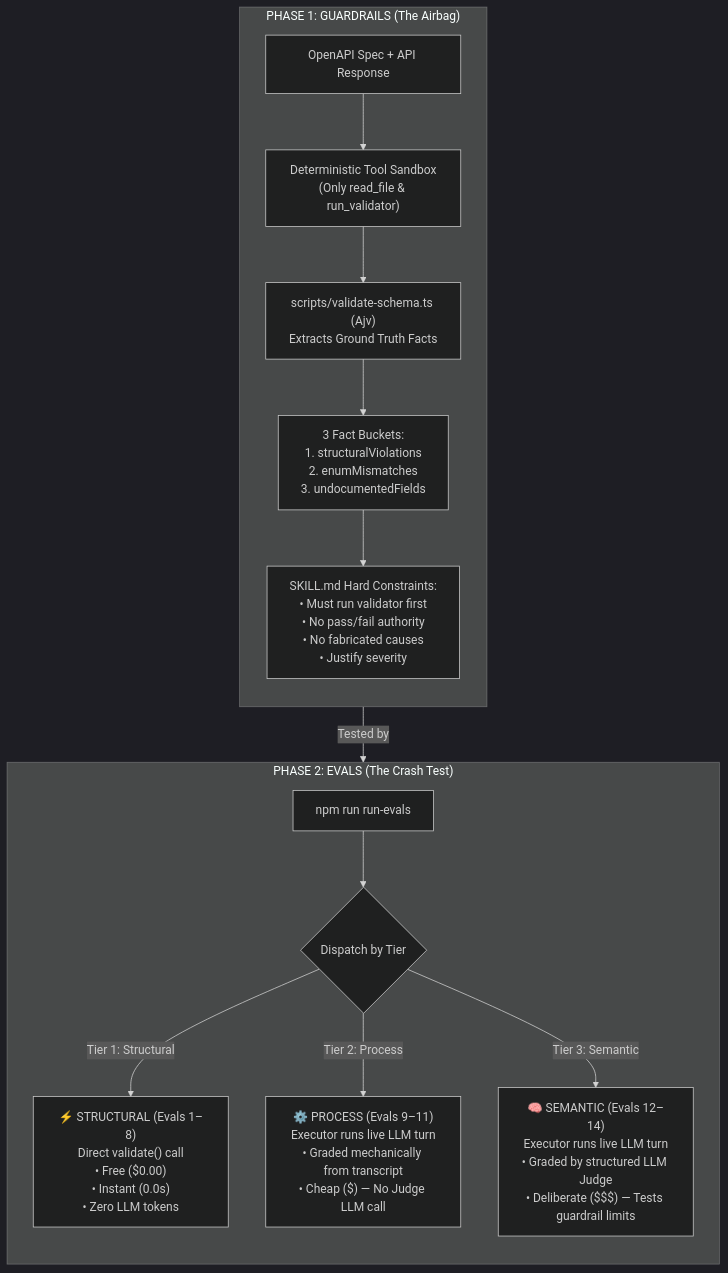
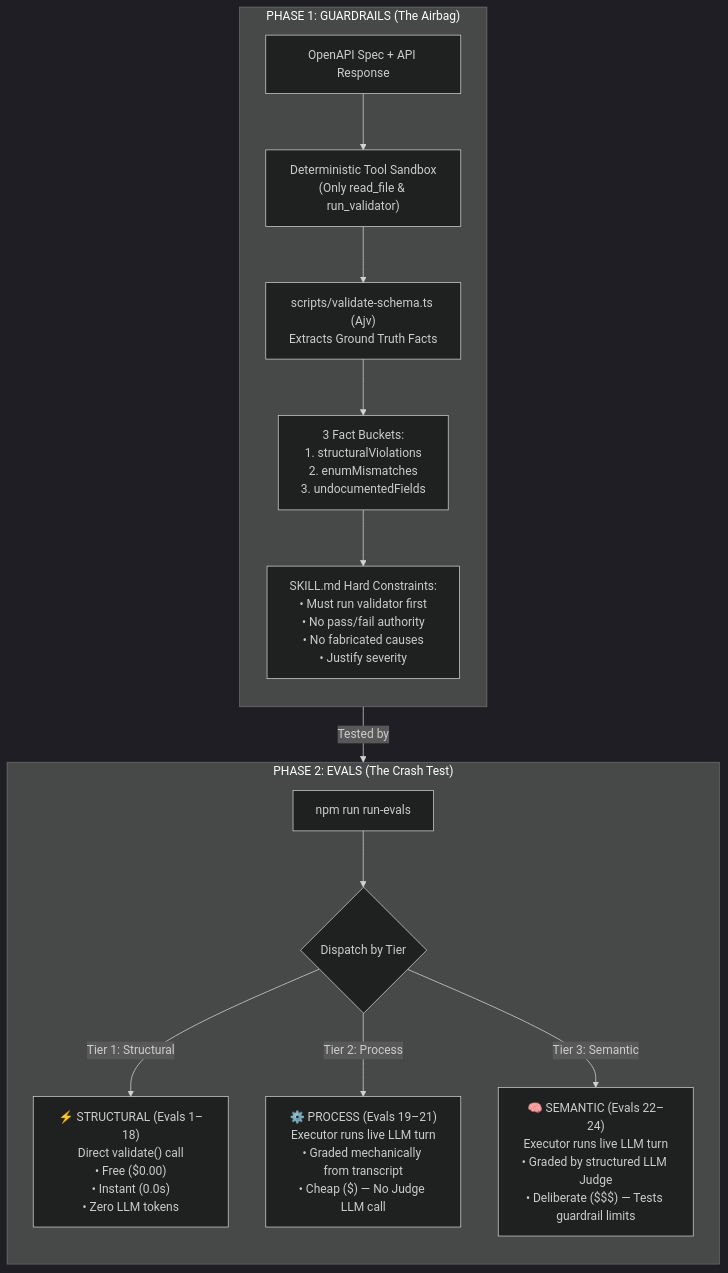
The first of 2 diagrams in README.md (mmaneesh/Guardrails_And_Evals), drawn with Mermaid (dark theme) before and after one commit. The commit also changed other lines of this file and 6 other files, not shown here.

````diff
--- a/README.md
+++ b/README.md
@@ -55,23 +55,23 @@
 ```mermaid
 flowchart TD
     subgraph PHASE1["PHASE 1: GUARDRAILS (The Airbag)"]
         direction TB
         InputData["OpenAPI Spec + API Response"] --> ToolSandbox["Deterministic Tool Sandbox<br/>(Only read_file & run_validator)"]
         ToolSandbox --> Validator["scripts/validate-schema.ts (Ajv)<br/>Extracts Ground Truth Facts"]
         Validator --> ThreeBuckets["3 Fact Buckets:<br/>1. structuralViolations<br/>2. enumMismatches<br/>3. undocumentedFields"]
         ThreeBuckets --> Rules["SKILL.md Hard Constraints:<br/>• Must run validator first<br/>• No pass/fail authority<br/>• No fabricated causes<br/>• Justify severity"]
     end
 
     subgraph PHASE2["PHASE 2: EVALS (The Crash Test)"]
         direction TB
         EvalsRunner["npm run run-evals"] --> TierRouter{"Dispatch by Tier"}
 
-        TierRouter -->|"Tier 1: Structural"| T1["⚡ STRUCTURAL (Evals 1–8)<br/>Direct validate() call<br/>• Free ($0.00)<br/>• Instant (0.0s)<br/>• Zero LLM tokens"]
+        TierRouter -->|"Tier 1: Structural"| T1["⚡ STRUCTURAL (Evals 1–18)<br/>Direct validate() call<br/>• Free ($0.00)<br/>• Instant (0.0s)<br/>• Zero LLM tokens"]
 
-        TierRouter -->|"Tier 2: Process"| T2["⚙️ PROCESS (Evals 9–11)<br/>Executor runs live LLM turn<br/>• Graded mechanically from transcript<br/>• Cheap ($) — No Judge LLM call"]
+        TierRouter -->|"Tier 2: Process"| T2["⚙️ PROCESS (Evals 19–21)<br/>Executor runs live LLM turn<br/>• Graded mechanically from transcript<br/>• Cheap ($) — No Judge LLM call"]
 
-        TierRouter -->|"Tier 3: Semantic"| T3["🧠 SEMANTIC (Evals 12–14)<br/>Executor runs live LLM turn<br/>• Graded by structured LLM Judge<br/>• Deliberate ($$$) — Tests guardrail limits"]
+        TierRouter -->|"Tier 3: Semantic"| T3["🧠 SEMANTIC (Evals 22–24)<br/>Executor runs live LLM turn<br/>• Graded by structured LLM Judge<br/>• Deliberate ($$$) — Tests guardrail limits"]
     end
 
     PHASE1 -->|Tested by| PHASE2
 ```
````
